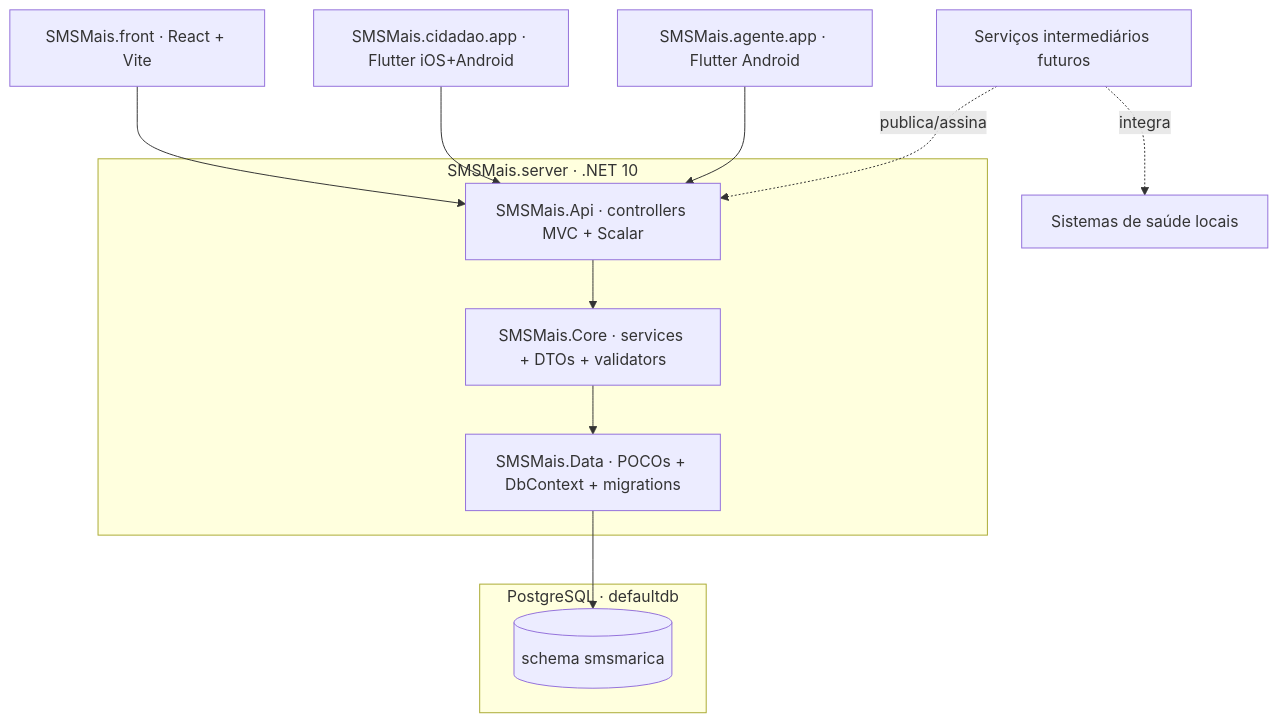
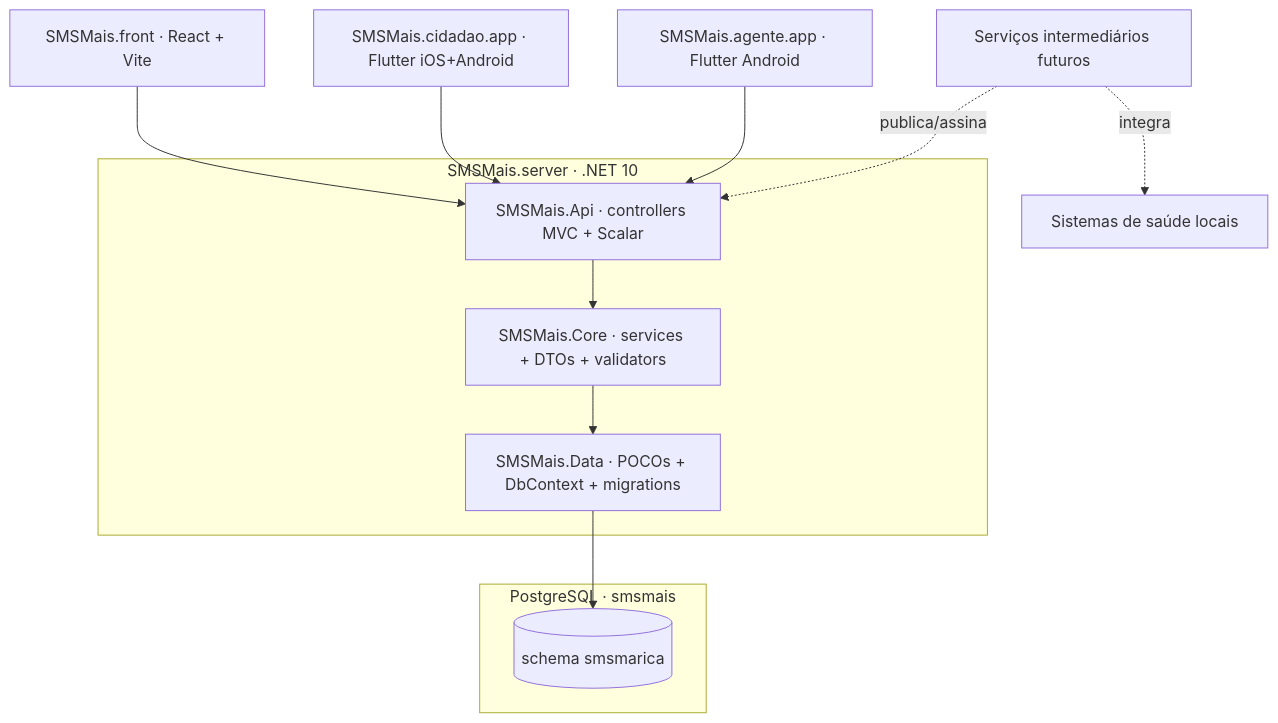
The diagram in docs/architecture.md (AutomaisIO/SMSMarica), drawn with Mermaid before and after one commit. The commit also changed other lines of this file and 14 other files, not shown here.

````diff
--- a/docs/architecture.md
+++ b/docs/architecture.md
@@ -7,27 +7,27 @@
 ```mermaid
 flowchart TB
-  subgraph db [PostgreSQL · defaultdb]
+  subgraph db [PostgreSQL · smsmais]
     S[(schema smsmarica)]
   end
 
   subgraph server [SMSMais.server · .NET 10]
     Api[SMSMais.Api · controllers MVC + Scalar]
     Core[SMSMais.Core · services + DTOs + validators]
     Data[SMSMais.Data · POCOs + DbContext + migrations]
     Api --> Core --> Data
   end
 
   Front[SMSMais.front · React + Vite]
   Cidadao[SMSMais.cidadao.app · Flutter iOS+Android]
   Agente[SMSMais.agente.app · Flutter Android]
 
   Future[Serviços intermediários futuros]
   Legacy[Sistemas de saúde locais]
 
   Data --> S
   Front --> Api
   Cidadao --> Api
   Agente --> Api
   Future -.integra.-> Legacy
   Future -.publica/assina.-> Api
 ```
````
